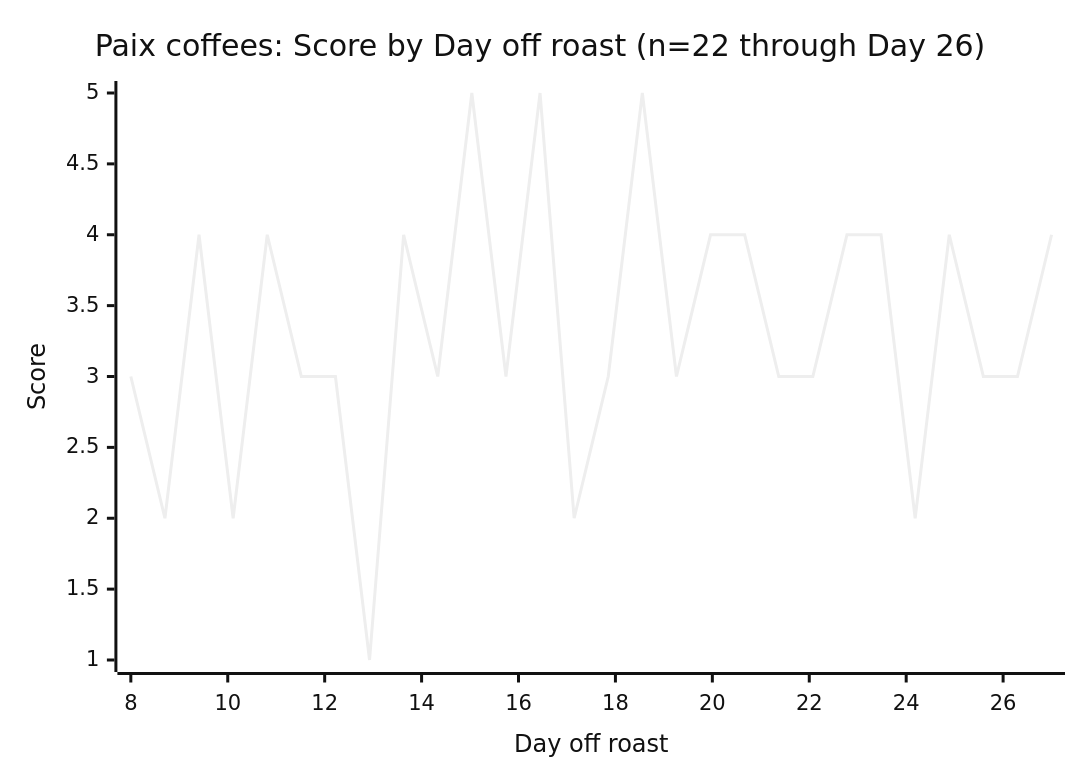
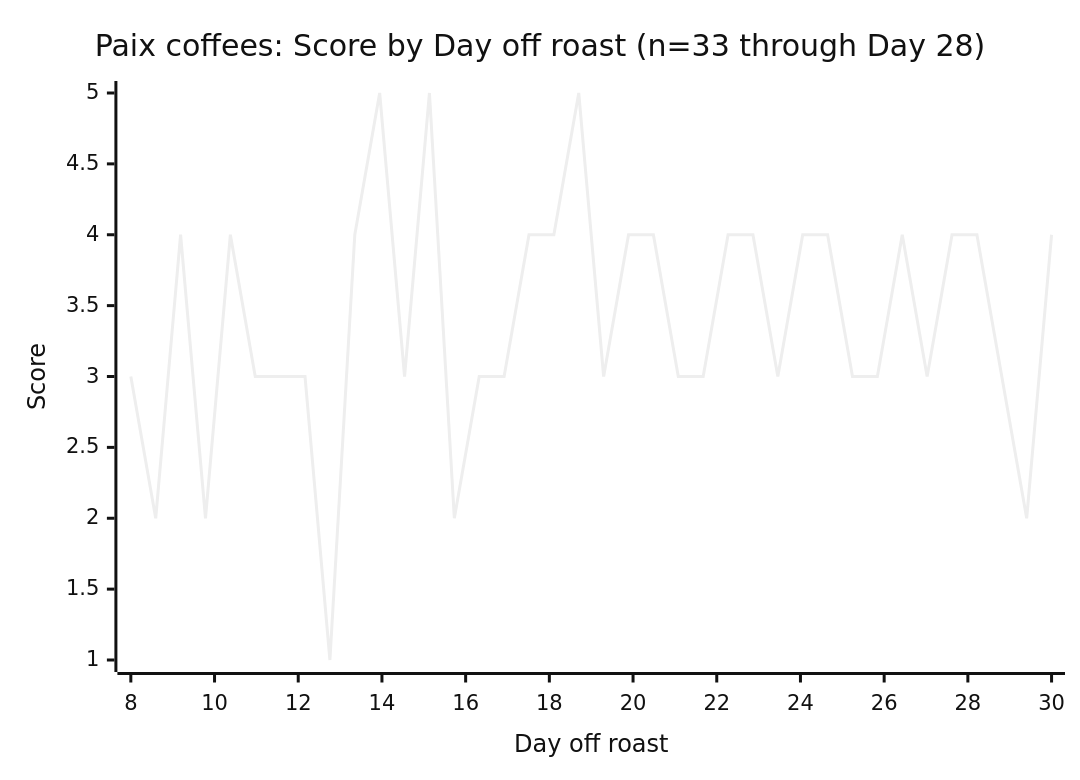
The fifth of 7 diagrams in joshua-martin/profile.md (manuscriptmastr/coffee-journal), drawn with Mermaid (neutral theme) before and after one commit. The commit also changed other lines of this file, not shown here.

First line of the commit message:
Refit Paix drift from full n=21 dataset: 0.071/day with per-coffee intercepts

````diff
--- a/joshua-martin/profile.md
+++ b/joshua-martin/profile.md
@@ -355,7 +387,7 @@
 ```mermaid
 xychart-beta
-    title "Paix coffees: Score by Day off roast (n=22 through Day 26)"
-    x-axis "Day off roast" 8 --> 27
+    title "Paix coffees: Score by Day off roast (n=33 through Day 28)"
+    x-axis "Day off roast" 8 --> 30
     y-axis "Score" 1 --> 5
-    line [3, 2, 4, 2, 4, 3, 3, 1, 4, 3, 5, 3, 5, 2, 3, 5, 3, 4, 4, 3, 3, 4, 4, 2, 4, 3, 3, 4]
+    line [3, 2, 4, 2, 4, 3, 3, 3, 1, 4, 5, 3, 5, 2, 3, 3, 4, 4, 5, 3, 4, 4, 3, 3, 4, 4, 3, 4, 4, 3, 3, 4, 3, 4, 4, 3, 2, 4]
 ```
````
